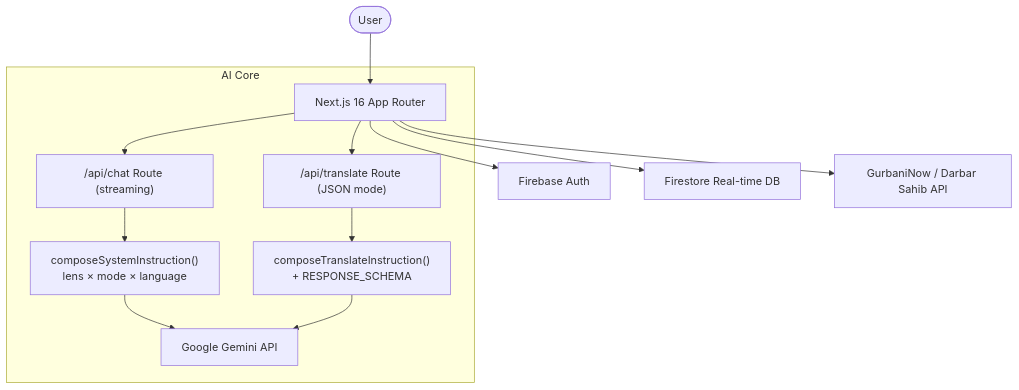
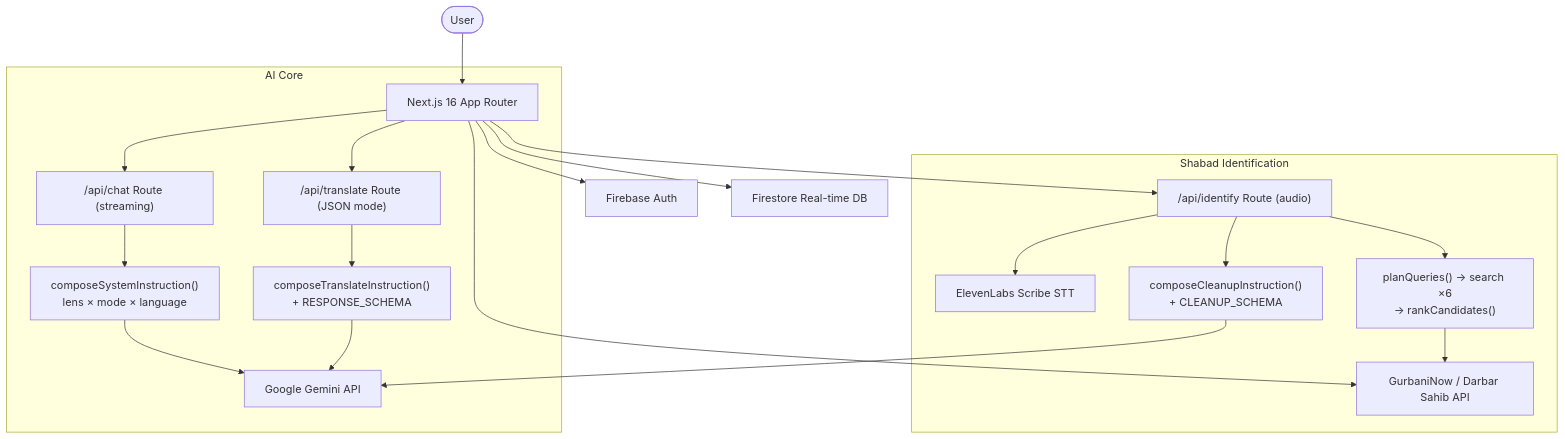
The diagram in README.md (rohan1234usa/sikh-ai), drawn with Mermaid before and after one commit. The commit also changed other lines of this file and 31 other files, not shown here.

````diff
--- a/README.md
+++ b/README.md
@@ -35,16 +36,25 @@
 ```mermaid
 graph TD
     User([User]) --> Next[Next.js 16 App Router]
     Next --> Auth[Firebase Auth]
     Next --> DB[Firestore Real-time DB]
     Next --> Hukam[GurbaniNow / Darbar Sahib API]
 
     subgraph "AI Core"
     Next --> Route["/api/chat Route (streaming)"]
     Route --> Compose["composeSystemInstruction()<br/>lens × mode × language"]
     Next --> TRoute["/api/translate Route (JSON mode)"]
     TRoute --> TCompose["composeTranslateInstruction()<br/>+ RESPONSE_SCHEMA"]
     Compose --> Gemini[Google Gemini API]
     TCompose --> Gemini
     end
+
+    subgraph "Shabad Identification"
+    Next --> IRoute["/api/identify Route (audio)"]
+    IRoute --> Scribe[ElevenLabs Scribe STT]
+    IRoute --> ICompose["composeCleanupInstruction()<br/>+ CLEANUP_SCHEMA"]
+    ICompose --> Gemini
+    IRoute --> Match["planQueries() → search ×6<br/>→ rankCandidates()"]
+    Match --> Hukam
+    end
 ```
````
